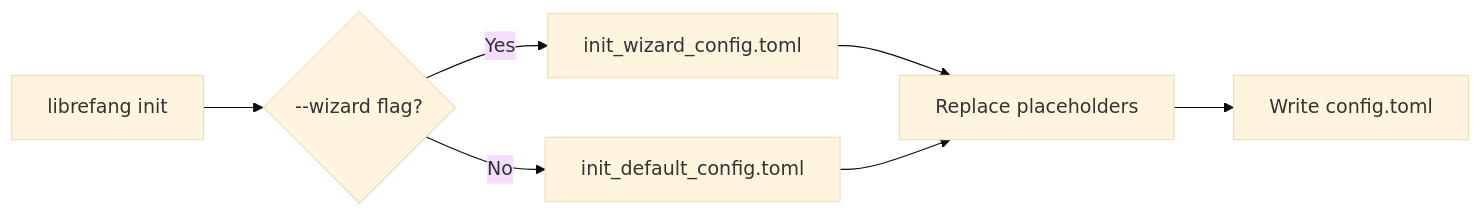
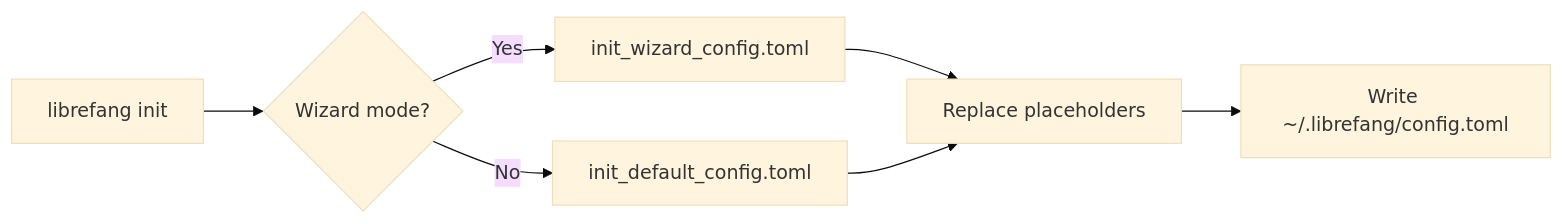
Before and after one commit to leszek3737/librefang-WIki: the diagram in other-librefang-cli-templates.md, drawn with Mermaid (base theme). The commit also changed other lines of this file and 98 other files, not shown here.

````diff
--- a/other-librefang-cli-templates.md
+++ b/other-librefang-cli-templates.md
@@ -257,9 +85,9 @@
 ```mermaid
 flowchart LR
-    A["librefang init"] --> B{"--wizard flag?"}
-    B -- Yes --> C["init_wizard_config.toml"]
-    B -- No --> D["init_default_config.toml"]
-    C --> E["Replace placeholders"]
+    A[librefang init] --> B{Wizard mode?}
+    B -- Yes --> C[init_wizard_config.toml]
+    B -- No --> D[init_default_config.toml]
+    C --> E[Replace placeholders]
     D --> E
-    E --> F["Write config.toml"]
+    E --> F["Write ~/.librefang/config.toml"]
 ```
````
